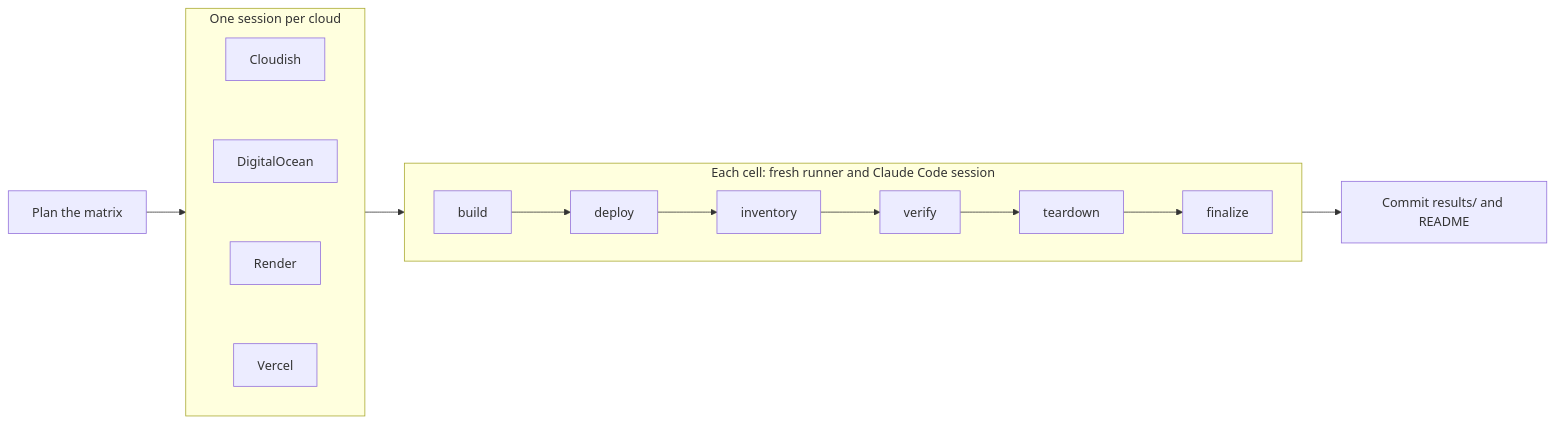
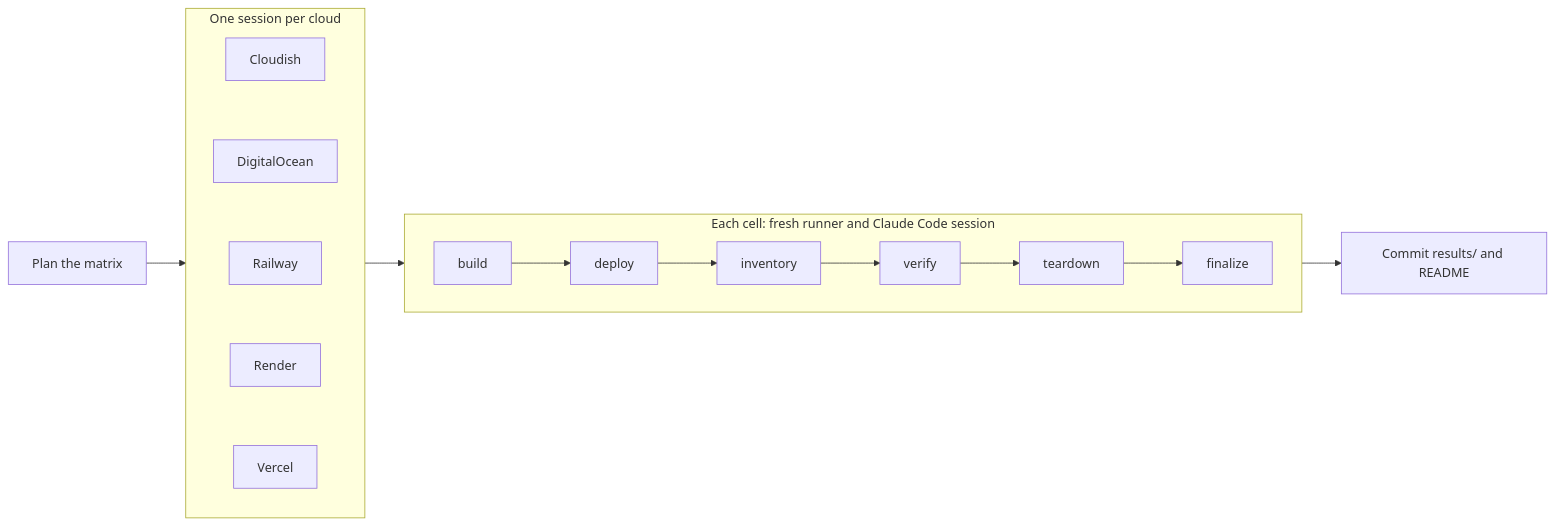
One commit to cloudishai/ai-deploy-bench changed the diagram in README.md. Above: the diagram before and after it, drawn with Mermaid. The commit also changed other lines of this file and 15 other files, not shown here.

````diff
--- a/README.md
+++ b/README.md
@@ -59,14 +60,14 @@
 ```mermaid
 flowchart LR
   plan[Plan the matrix]
   subgraph clouds [One session per cloud]
     direction TB
-    c1[Cloudish] ~~~ c2[DigitalOcean] ~~~ c3[Render] ~~~ c4[Vercel]
+    c1[Cloudish] ~~~ c2[DigitalOcean] ~~~ c3[Railway] ~~~ c4[Render] ~~~ c5[Vercel]
   end
   subgraph cell [Each cell: fresh runner and Claude Code session]
     direction LR
     build --> deploy --> inventory --> verify --> teardown --> finalize
   end
   collect[Commit results/ and README]
   plan --> clouds --> cell --> collect
 ```
````
